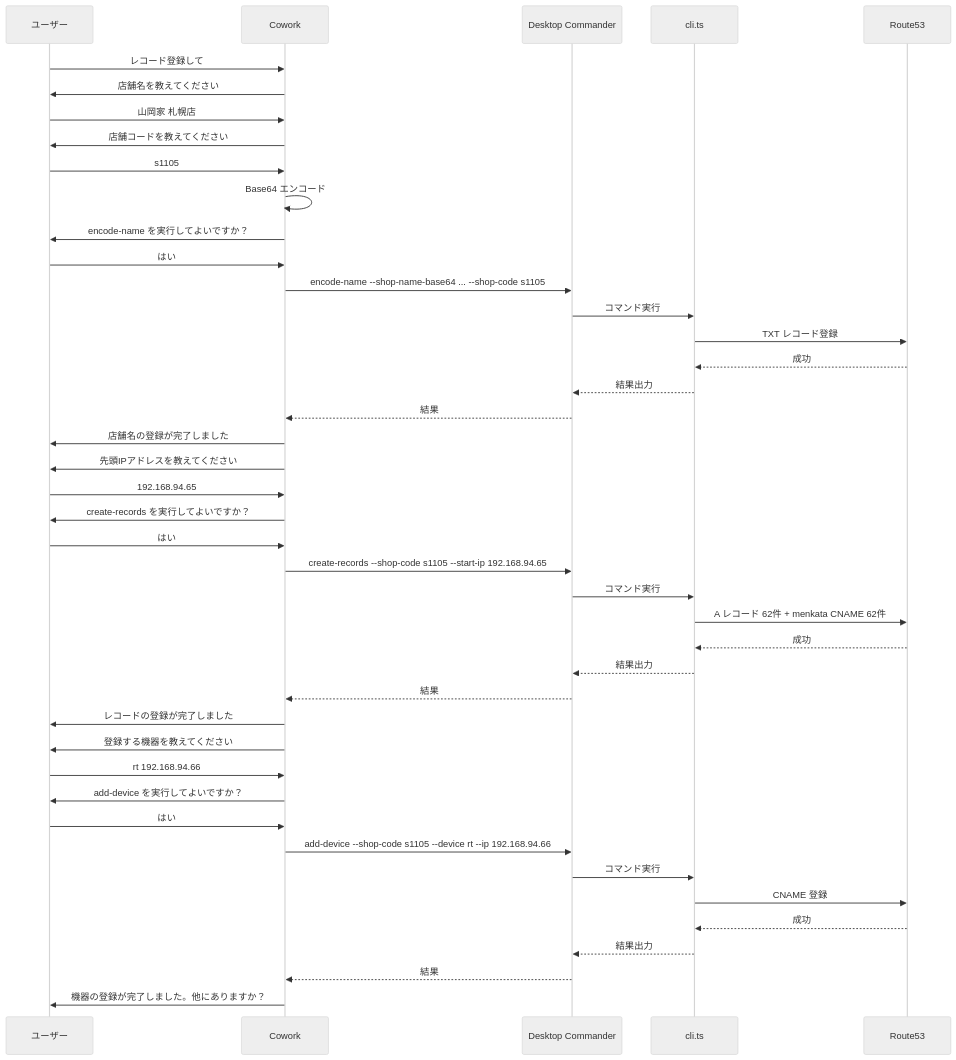
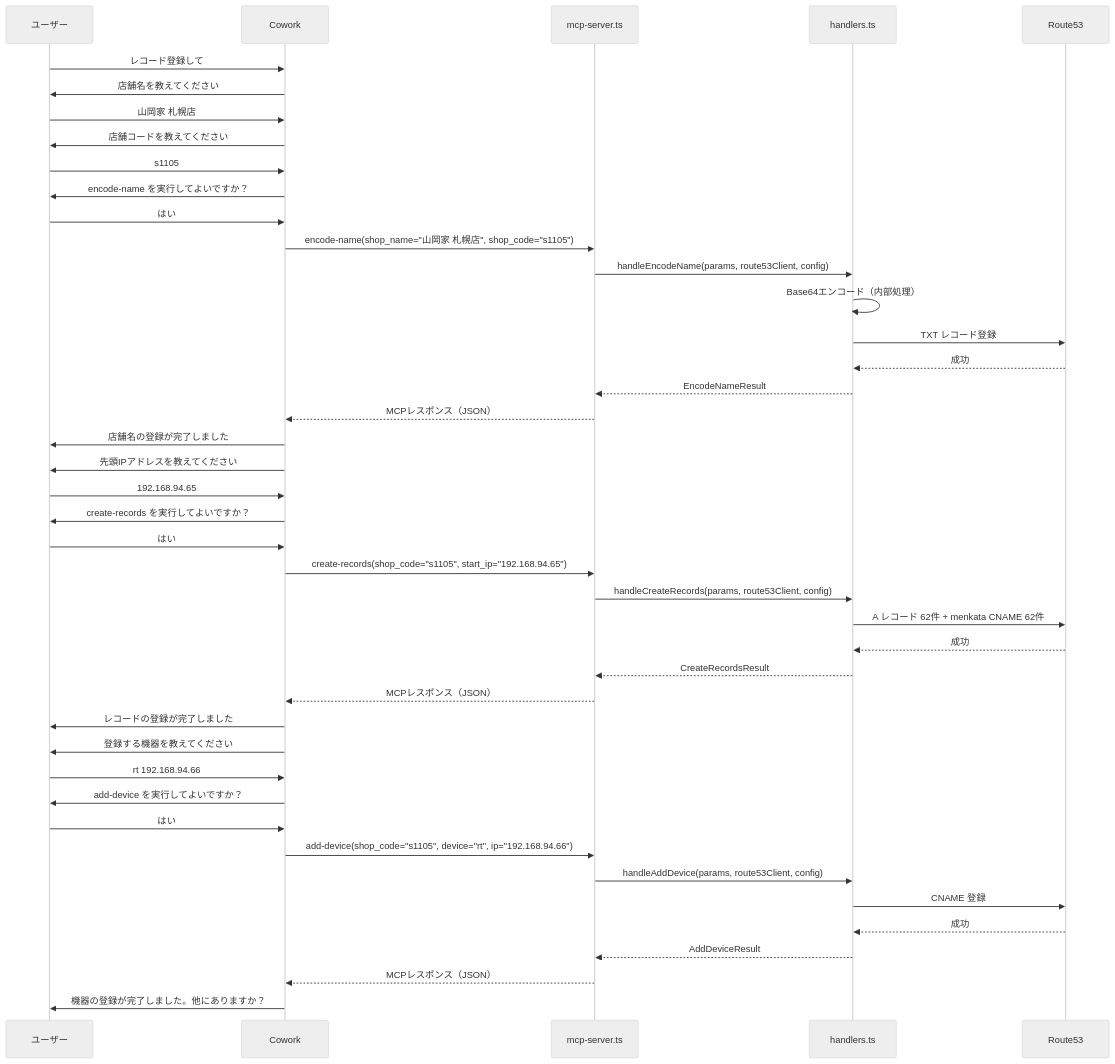
Before and after one commit to y-ishijima/route53_dns_auto_register: the second of 3 diagrams in docs/architecture.md, drawn with Mermaid (neutral theme). The commit also changed other lines of this file and 14 other files, not shown here.

````diff
--- a/docs/architecture.md
+++ b/docs/architecture.md
@@ -70,48 +103,48 @@
 ```mermaid
 sequenceDiagram
     participant U as ユーザー
     participant C as Cowork
-    participant DC as Desktop Commander
-    participant CLI as cli.ts
+    participant MCP as mcp-server.ts
+    participant H as handlers.ts
     participant R53 as Route53
 
     U->>C: レコード登録して
     C->>U: 店舗名を教えてください
     U->>C: 山岡家 札幌店
     C->>U: 店舗コードを教えてください
     U->>C: s1105
-    C->>C: Base64 エンコード
     C->>U: encode-name を実行してよいですか？
     U->>C: はい
-    C->>DC: encode-name --shop-name-base64 ... --shop-code s1105
-    DC->>CLI: コマンド実行
-    CLI->>R53: TXT レコード登録
-    R53-->>CLI: 成功
-    CLI-->>DC: 結果出力
-    DC-->>C: 結果
+    C->>MCP: encode-name(shop_name="山岡家 札幌店", shop_code="s1105")
+    MCP->>H: handleEncodeName(params, route53Client, config)
+    H->>H: Base64エンコード（内部処理）
+    H->>R53: TXT レコード登録
+    R53-->>H: 成功
+    H-->>MCP: EncodeNameResult
+    MCP-->>C: MCPレスポンス（JSON）
     C->>U: 店舗名の登録が完了しました
 
     C->>U: 先頭IPアドレスを教えてください
     U->>C: 192.168.94.65
     C->>U: create-records を実行してよいですか？
     U->>C: はい
-    C->>DC: create-records --shop-code s1105 --start-ip 192.168.94.65
-    DC->>CLI: コマンド実行
-    CLI->>R53: A レコード 62件 + menkata CNAME 62件
-    R53-->>CLI: 成功
-    CLI-->>DC: 結果出力
-    DC-->>C: 結果
+    C->>MCP: create-records(shop_code="s1105", start_ip="192.168.94.65")
+    MCP->>H: handleCreateRecords(params, route53Client, config)
+    H->>R53: A レコード 62件 + menkata CNAME 62件
+    R53-->>H: 成功
+    H-->>MCP: CreateRecordsResult
+    MCP-->>C: MCPレスポンス（JSON）
     C->>U: レコードの登録が完了しました
 
     C->>U: 登録する機器を教えてください
     U->>C: rt 192.168.94.66
     C->>U: add-device を実行してよいですか？
     U->>C: はい
-    C->>DC: add-device --shop-code s1105 --device rt --ip 192.168.94.66
-    DC->>CLI: コマンド実行
-    CLI->>R53: CNAME 登録
-    R53-->>CLI: 成功
-    CLI-->>DC: 結果出力
-    DC-->>C: 結果
+    C->>MCP: add-device(shop_code="s1105", device="rt", ip="192.168.94.66")
+    MCP->>H: handleAddDevice(params, route53Client, config)
+    H->>R53: CNAME 登録
+    R53-->>H: 成功
+    H-->>MCP: AddDeviceResult
+    MCP-->>C: MCPレスポンス（JSON）
     C->>U: 機器の登録が完了しました。他にありますか？
 ```
````
